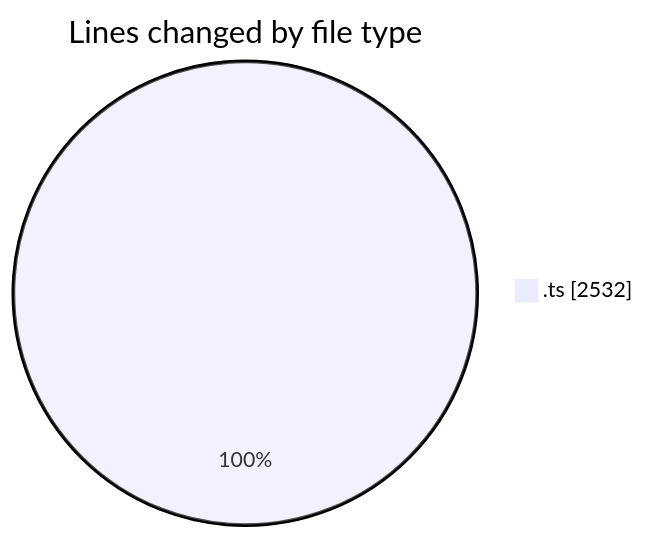
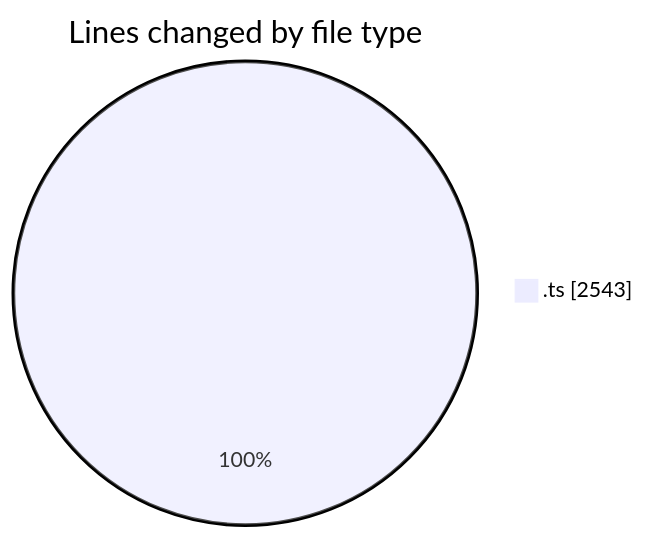
Before and after one commit to momahboobian/code-tracking: the first of 2 diagrams in 2025-08-07/cda/README.md, drawn with Mermaid. The commit also changed other lines of this file and 1 other file, not shown here.

````diff
--- a/2025-08-07/cda/README.md
+++ b/2025-08-07/cda/README.md
@@ -23,5 +23,5 @@
 ```mermaid
 pie showData
 title Lines changed by file type
-".ts" : 2532
+".ts" : 2543
 ```
````
